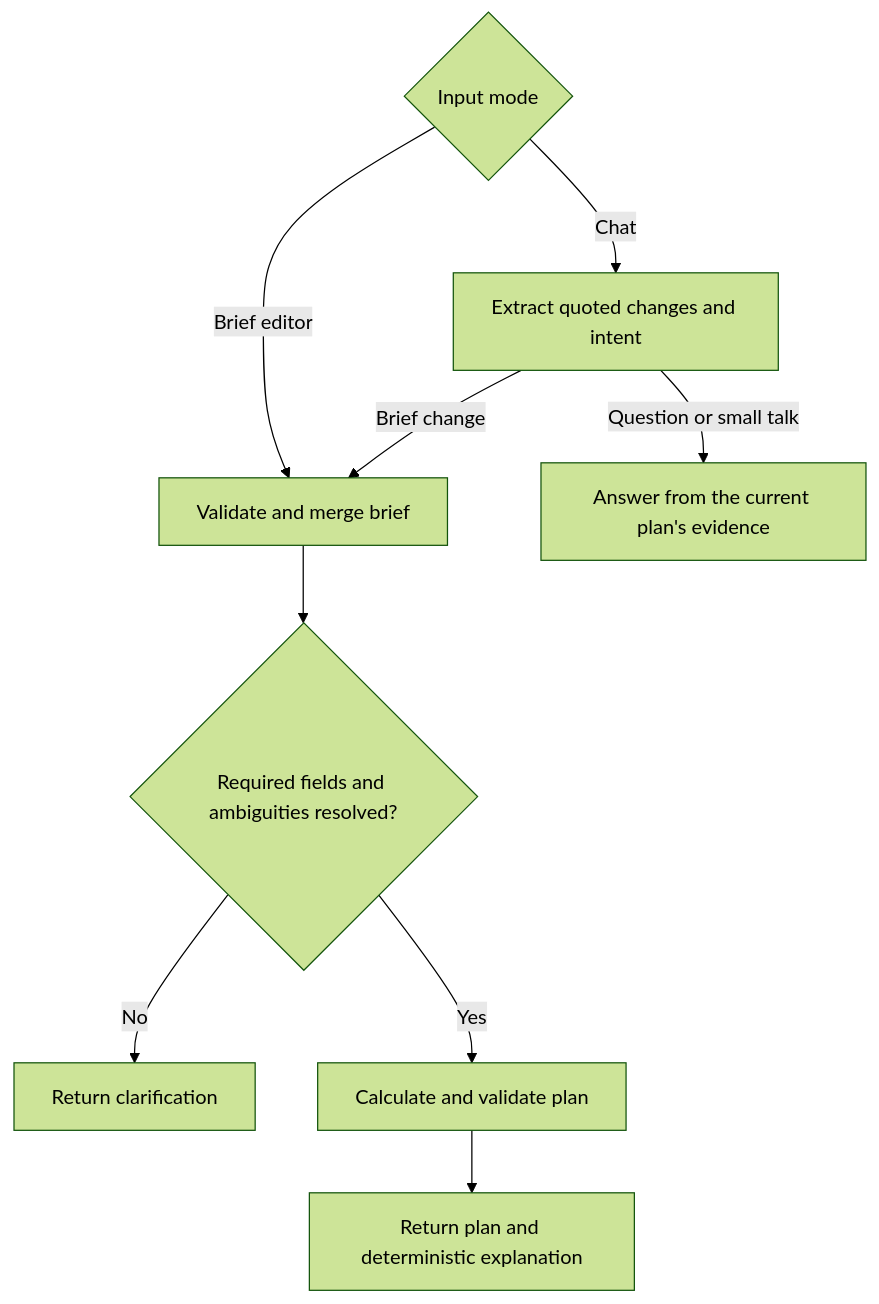
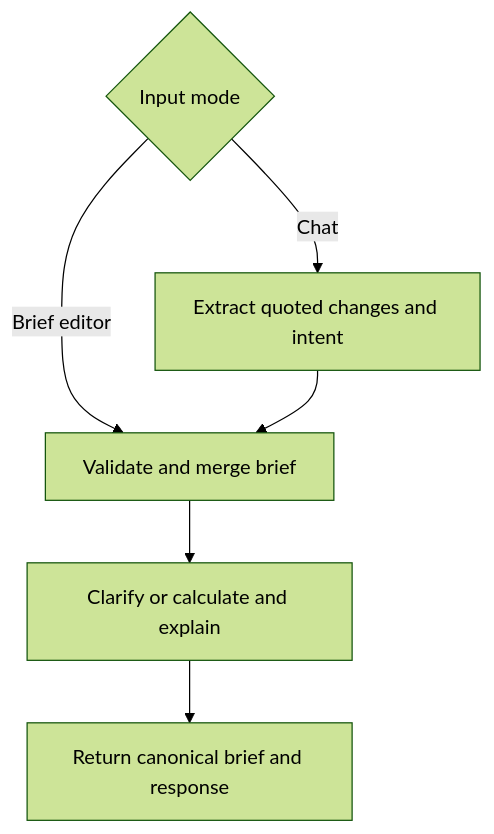
The second of 2 diagrams in README.md (rotsen6/media-planner), drawn with Mermaid (forest theme) before and after one commit. The commit also changed other lines of this file and 14 other files, not shown here.

````diff
--- a/README.md
+++ b/README.md
@@ -50,11 +50,8 @@
 ```mermaid
 flowchart TD
   Mode{Input mode} -->|Chat| Extract[Extract quoted changes and intent]
   Mode -->|Brief editor| Merge[Validate and merge brief]
-  Extract -->|Brief change| Merge
-  Extract -->|Question or small talk| Answer[Answer from the current plan's evidence]
-  Merge --> Complete{Required fields and ambiguities resolved?}
-  Complete -->|No| Clarify[Return clarification]
-  Complete -->|Yes| Calculate[Calculate and validate plan]
-  Calculate --> Return[Return plan and deterministic explanation]
+  Extract --> Merge
+  Merge --> Respond[Clarify or calculate and explain]
+  Respond --> Return[Return canonical brief and response]
 ```
````
